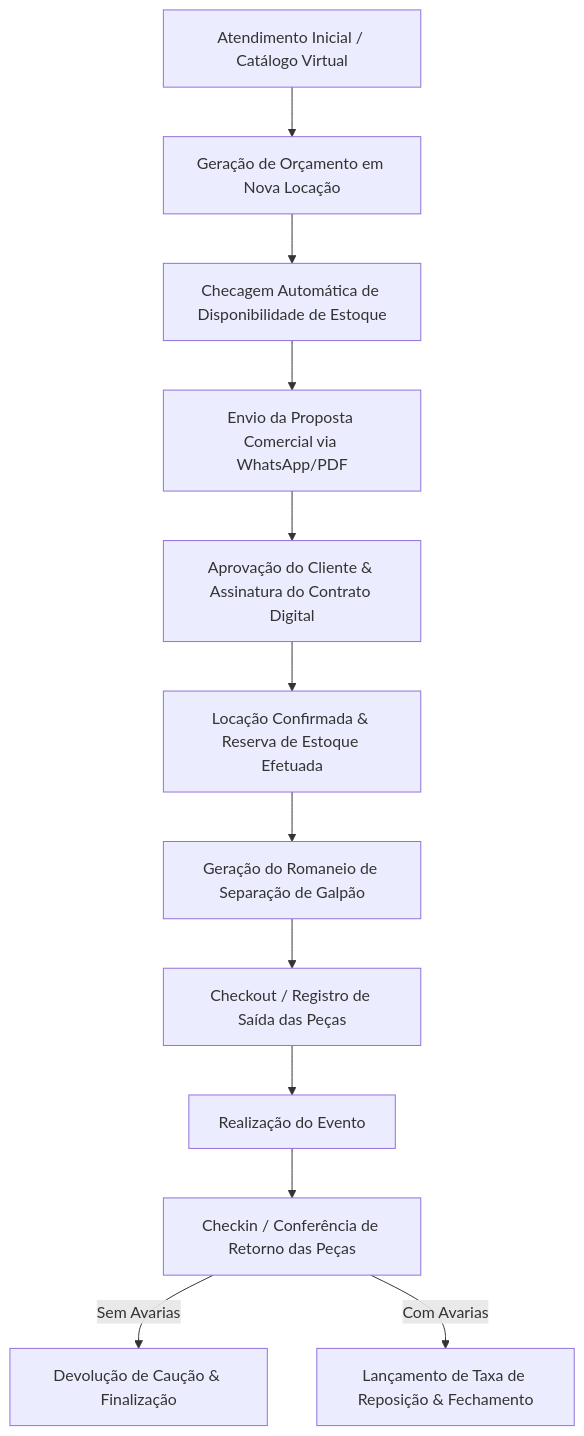
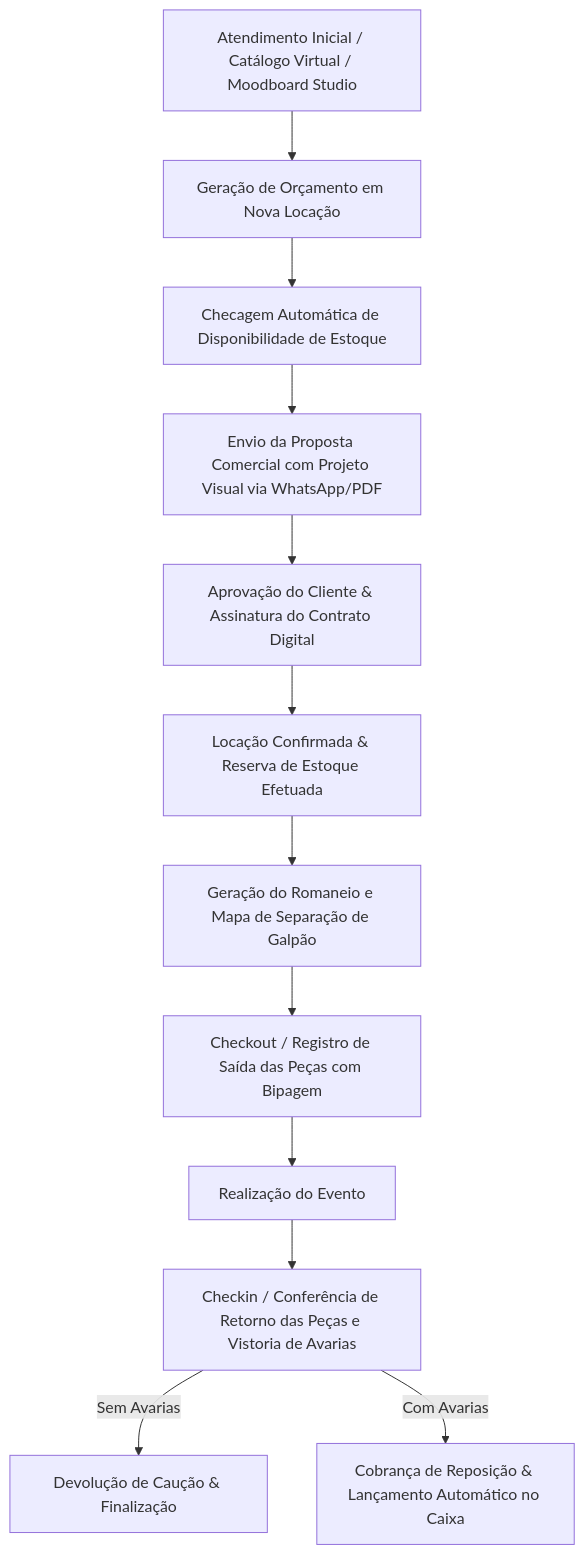
The diagram in resumo.md (celebrefesta/CELEBRE02), drawn with Mermaid before and after one commit. The commit also changed other lines of this file and 8 other files, not shown here.

````diff
--- a/resumo.md
+++ b/resumo.md
@@ -275,14 +299,14 @@
 ```mermaid
 graph TD
-    A[Atendimento Inicial / Catálogo Virtual] --> B[Geração de Orçamento em Nova Locação]
+    A[Atendimento Inicial / Catálogo Virtual / Moodboard Studio] --> B[Geração de Orçamento em Nova Locação]
     B --> C[Checagem Automática de Disponibilidade de Estoque]
-    C --> D[Envio da Proposta Comercial via WhatsApp/PDF]
+    C --> D[Envio da Proposta Comercial com Projeto Visual via WhatsApp/PDF]
     D --> E[Aprovação do Cliente & Assinatura do Contrato Digital]
     E --> F[Locação Confirmada & Reserva de Estoque Efetuada]
-    F --> G[Geração do Romaneio de Separação de Galpão]
-    G --> H[Checkout / Registro de Saída das Peças]
+    F --> G[Geração do Romaneio e Mapa de Separação de Galpão]
+    G --> H[Checkout / Registro de Saída das Peças com Bipagem]
     H --> I[Realização do Evento]
-    I --> J[Checkin / Conferência de Retorno das Peças]
+    I --> J[Checkin / Conferência de Retorno das Peças e Vistoria de Avarias]
     J -->|Sem Avarias| K[Devolução de Caução & Finalização]
-    J -->|Com Avarias| L[Lançamento de Taxa de Reposição & Fechamento]
+    J -->|Com Avarias| L[Cobrança de Reposição & Lançamento Automático no Caixa]
 ```
````
